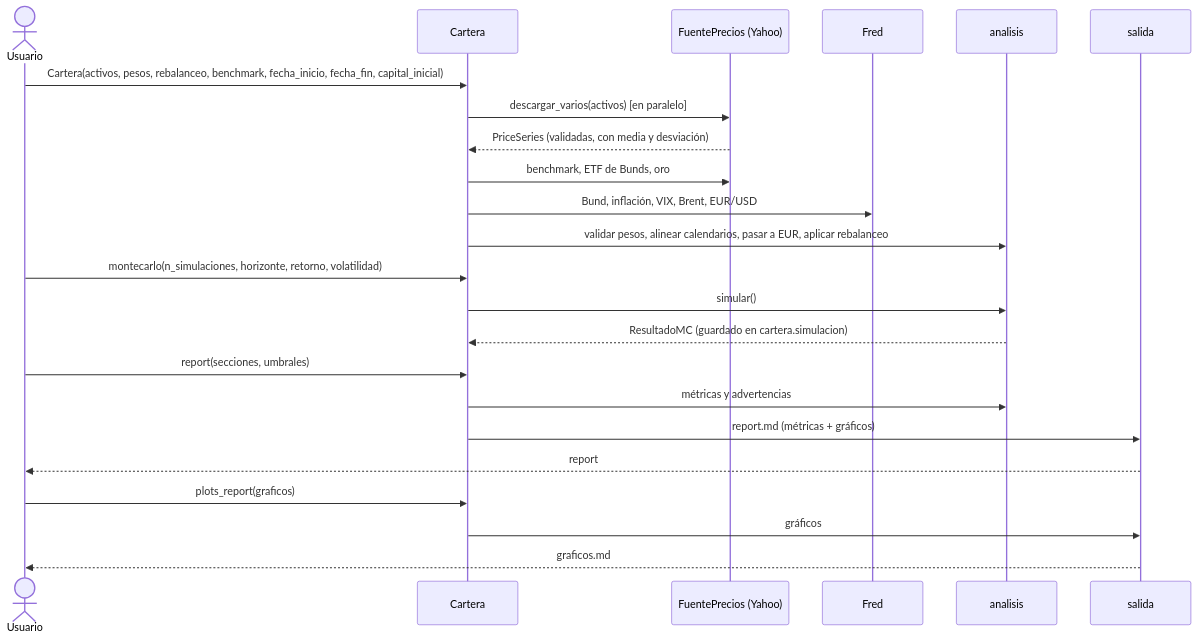
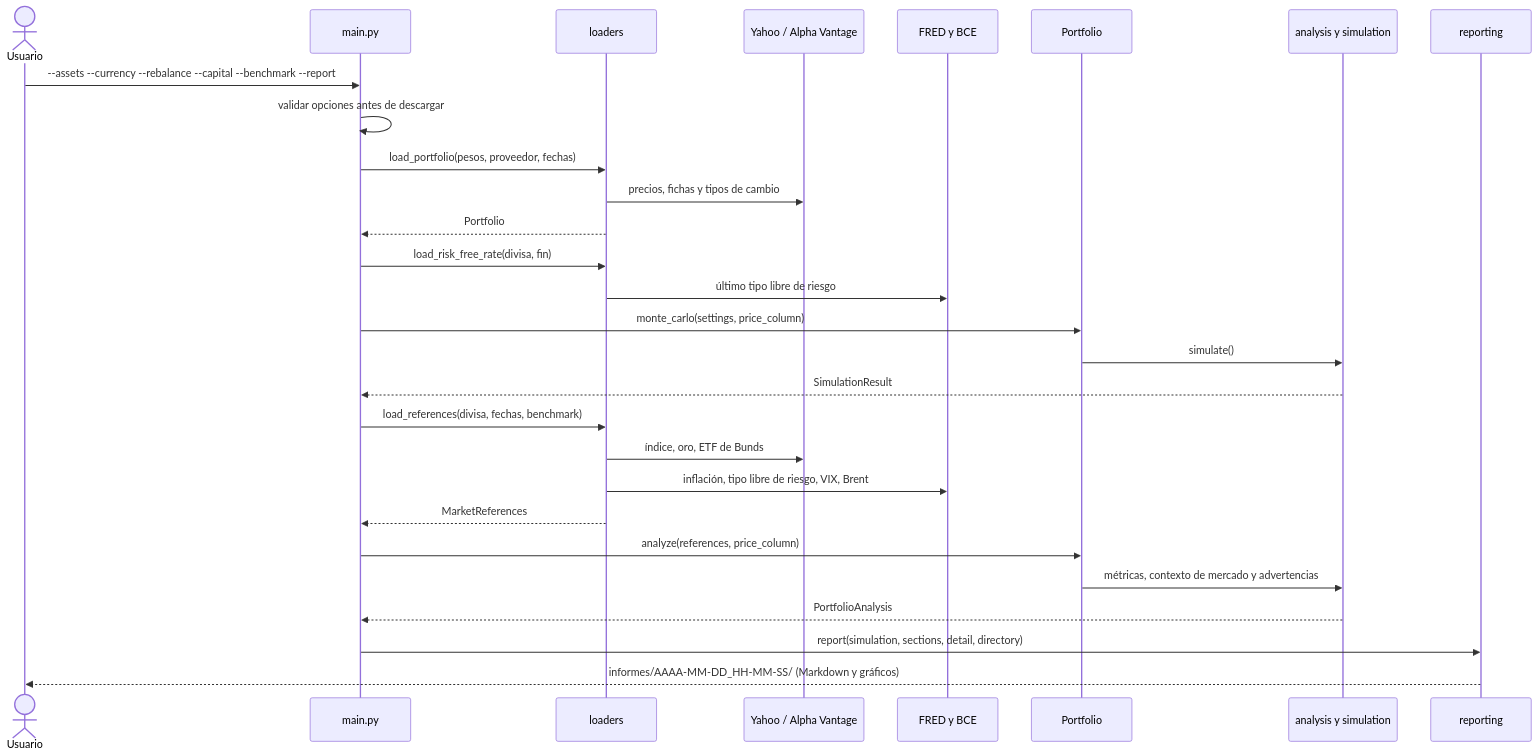
One commit to Diegopasfer1909/tallerb1-t1-equipo7 changed the third of 3 diagrams in docs/arquitectura.md. Above: the diagram before and after it, drawn with Mermaid. The commit also changed other lines of this file and 60 other files, not shown here.

````diff
--- a/docs/arquitectura.md
+++ b/docs/arquitectura.md
@@ -163,26 +219,31 @@
 ```mermaid
 sequenceDiagram
     actor U as Usuario
-    participant C as Cartera
-    participant F as FuentePrecios (Yahoo)
-    participant R as Fred
-    participant A as analisis
-    participant S as salida
+    participant M as main.py
+    participant L as loaders
+    participant Y as Yahoo / Alpha Vantage
+    participant F as FRED y BCE
+    participant P as Portfolio
+    participant A as analysis y simulation
+    participant R as reporting
 
-    U->>C: Cartera(activos, pesos, rebalanceo, benchmark, fecha_inicio, fecha_fin, capital_inicial)
-    C->>F: descargar_varios(activos)  [en paralelo]
-    F-->>C: PriceSeries (validadas, con media y desviación)
-    C->>F: benchmark, ETF de Bunds, oro
-    C->>R: Bund, inflación, VIX, Brent, EUR/USD
-    C->>A: validar pesos, alinear calendarios, pasar a EUR, aplicar rebalanceo
-    U->>C: montecarlo(n_simulaciones, horizonte, retorno, volatilidad)
-    C->>A: simular()
-    A-->>C: ResultadoMC (guardado en cartera.simulacion)
-    U->>C: report(secciones, umbrales)
-    C->>A: métricas y advertencias
-    C->>S: report.md (métricas + gráficos)
-    S-->>U: report
-    U->>C: plots_report(graficos)
-    C->>S: gráficos
-    S-->>U: graficos.md
+    U->>M: --assets --currency --rebalance --capital --benchmark --report
+    M->>M: validar opciones antes de descargar
+    M->>L: load_portfolio(pesos, proveedor, fechas)
+    L->>Y: precios, fichas y tipos de cambio
+    L-->>M: Portfolio
+    M->>L: load_risk_free_rate(divisa, fin)
+    L->>F: último tipo libre de riesgo
+    M->>P: monte_carlo(settings, price_column)
+    P->>A: simulate()
+    A-->>M: SimulationResult
+    M->>L: load_references(divisa, fechas, benchmark)
+    L->>Y: índice, oro, ETF de Bunds
+    L->>F: inflación, tipo libre de riesgo, VIX, Brent
+    L-->>M: MarketReferences
+    M->>P: analyze(references, price_column)
+    P->>A: métricas, contexto de mercado y advertencias
+    A-->>M: PortfolioAnalysis
+    M->>R: report(simulation, sections, detail, directory)
+    R-->>U: informes/AAAA-MM-DD_HH-MM-SS/ (Markdown y gráficos)
 ```
````
